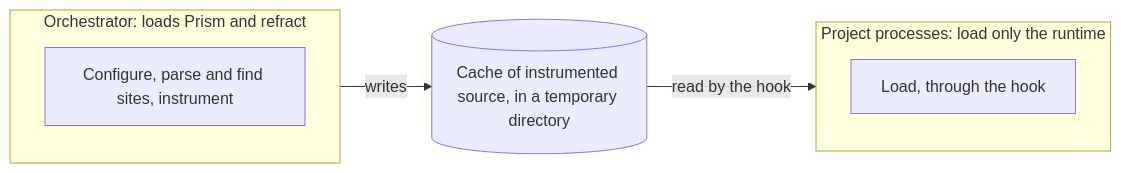
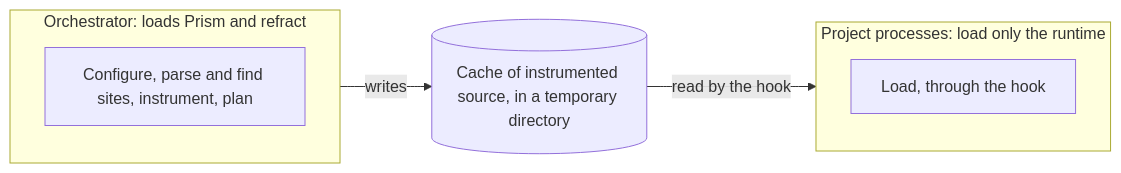
Before and after one commit to setdef/stryker_for_ruby: the second of 3 diagrams in docs/design/architecture.md, drawn with Mermaid. The commit also changed other lines of this file and 13 other files, not shown here.

````diff
--- a/docs/design/architecture.md
+++ b/docs/design/architecture.md
@@ -28,14 +30,14 @@
 ```mermaid
 flowchart LR
   subgraph O["Orchestrator: loads Prism and refract"]
     direction TB
-    S1["Configure, parse and find sites, instrument"]
+    S1["Configure, parse and find sites, instrument, plan"]
   end
   CA[("Cache of instrumented source, in a temporary directory")]
   subgraph PP["Project processes: load only the runtime"]
     direction TB
     S5["Load, through the hook"]
   end
   S1 -- writes --> CA
   CA -- read by the hook --> S5
 ```
````
